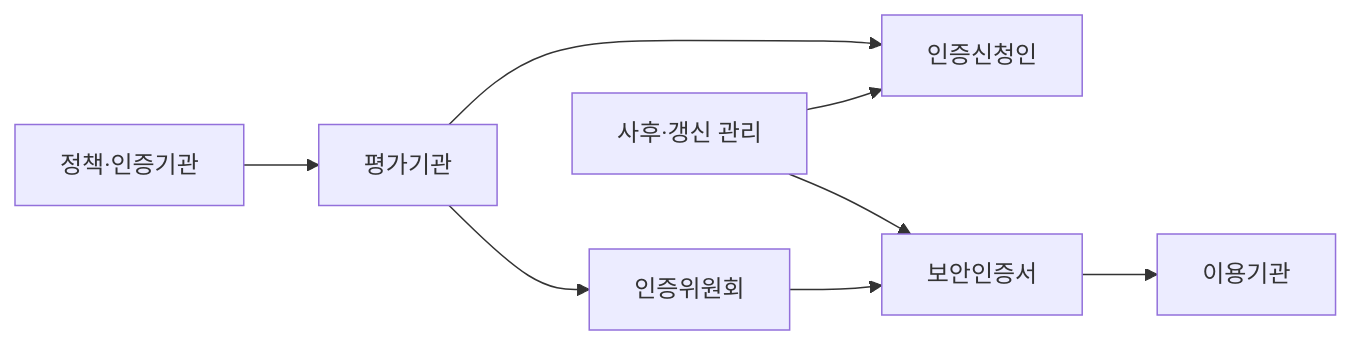
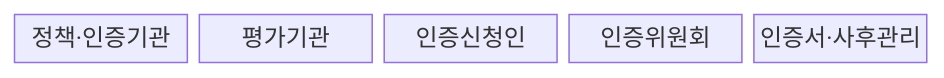
The first of 2 diagrams in src/content/docs/notes/05-security/075_csap.md (agnusdei1207/knowledge-base), drawn with Mermaid before and after one commit. The commit also changed other lines of this file and 8 other files, not shown here.

````diff
--- a/src/content/docs/notes/05-security/075_csap.md
+++ b/src/content/docs/notes/05-security/075_csap.md
@@ -61,10 +62,9 @@
 ```mermaid
-flowchart LR
-    A[정책·인증기관] --> B[평가기관]
-    B --> C[인증신청인]
-    B --> D[인증위원회]
-    D --> E[보안인증서]
-    E --> F[이용기관]
-    G[사후·갱신 관리] --> C
-    G --> E
+block-beta
+  columns 5
+  A["정책·인증기관"]
+  B["평가기관"]
+  C["인증신청인"]
+  D["인증위원회"]
+  E["인증서·사후관리"]
 ```
````
